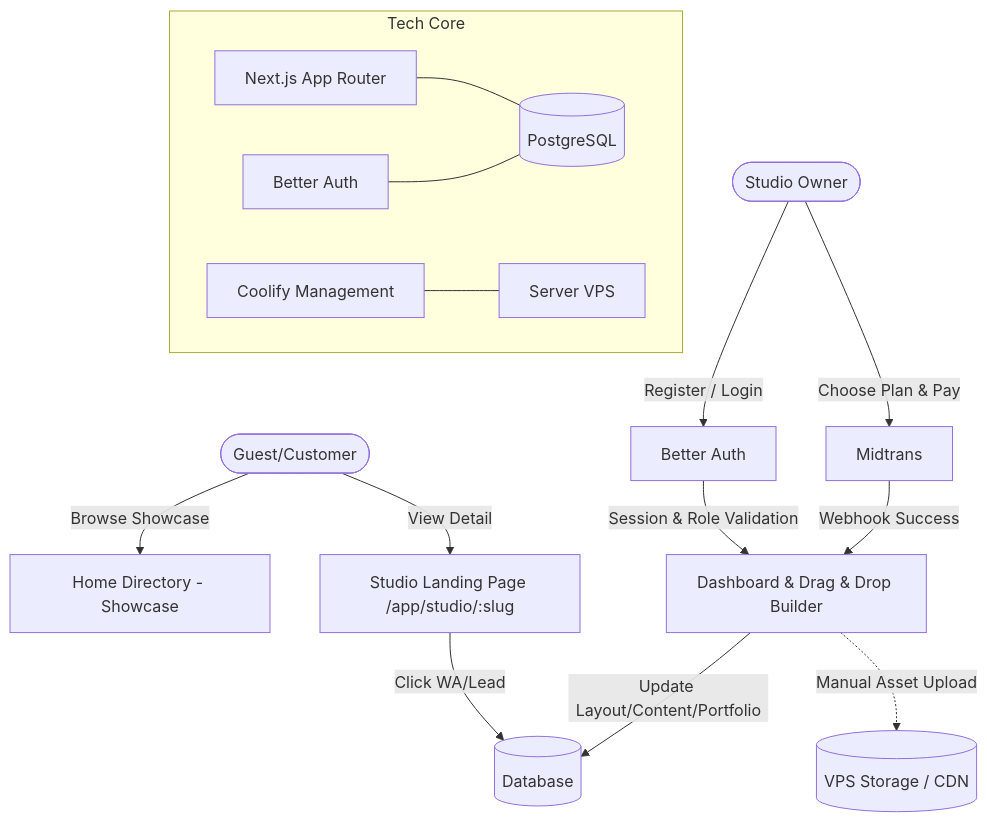
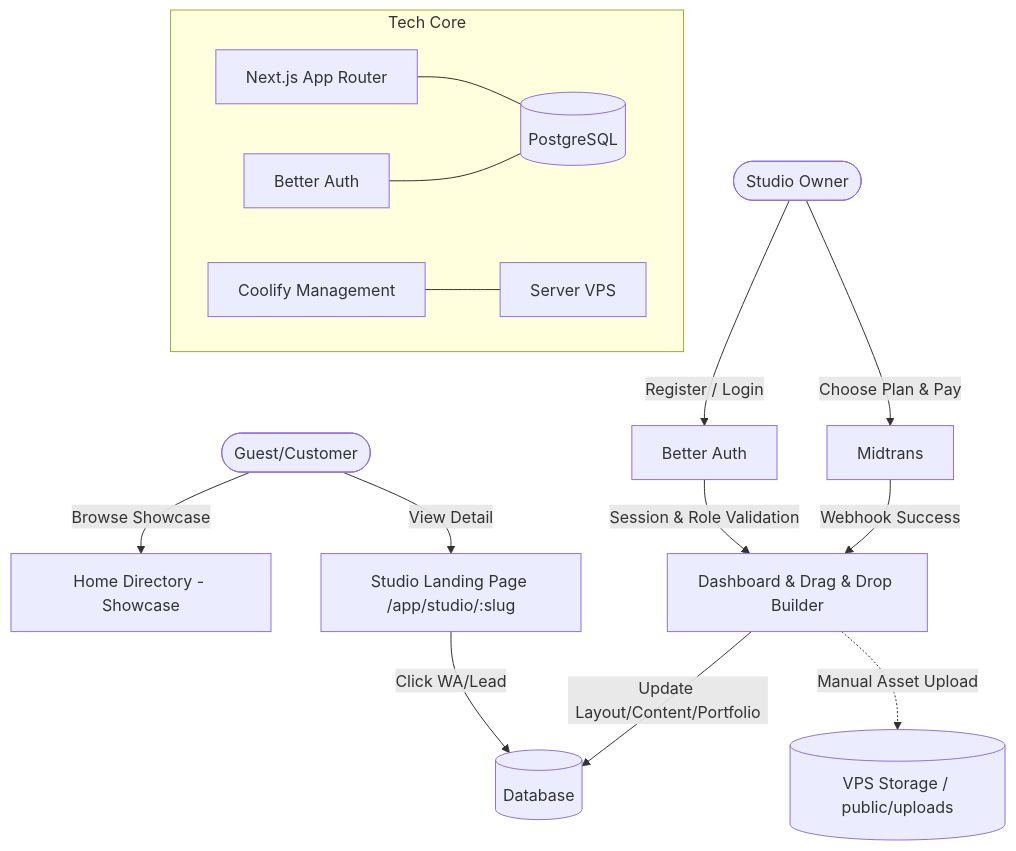
The diagram in prd.md (dev-pinova/ruangtato), drawn with Mermaid before and after one commit. The commit also changed other lines of this file and 11 other files, not shown here.

Commit message:
fix(security): resolve registration logic bypass, align page_config schema to PRD, and update Better Auth suspended hook

````diff
--- a/prd.md
+++ b/prd.md
@@ -74,25 +176,26 @@
 ```mermaid
 flowchart TD
     Guest([Guest/Customer]) -->|Browse Showcase| Home[Home Directory - Showcase]
     Guest -->|View Detail| LP[Studio Landing Page /app/studio/:slug]
     LP -->|Click WA/Lead| DashData[(Database)]
 
     Owner([Studio Owner]) -->|Register / Login| Auth[Better Auth]
     Auth -->|Session & Role Validation| Dashboard[Dashboard & Drag & Drop Builder]
     Owner -->|Choose Plan & Pay| Pay[Midtrans]
     Pay -->|Webhook Success| Dashboard
     Dashboard -->|Update Layout/Content/Portfolio| DashData
 
     subgraph "Tech Core"
     NextJS[Next.js App Router]
     DB[(PostgreSQL)]
     Coolify[Coolify Management]
     VPS[Server VPS]
     BetterAuth[Better Auth]
     end
 
-    Dashboard -.->|Manual Asset Upload| Storage[(VPS Storage / CDN)]
+    Dashboard -.->|Manual Asset Upload| Storage[(VPS Storage / public/uploads)]
     NextJS --- DB
     BetterAuth --- DB
     Coolify --- VPS
+
 ```
````
